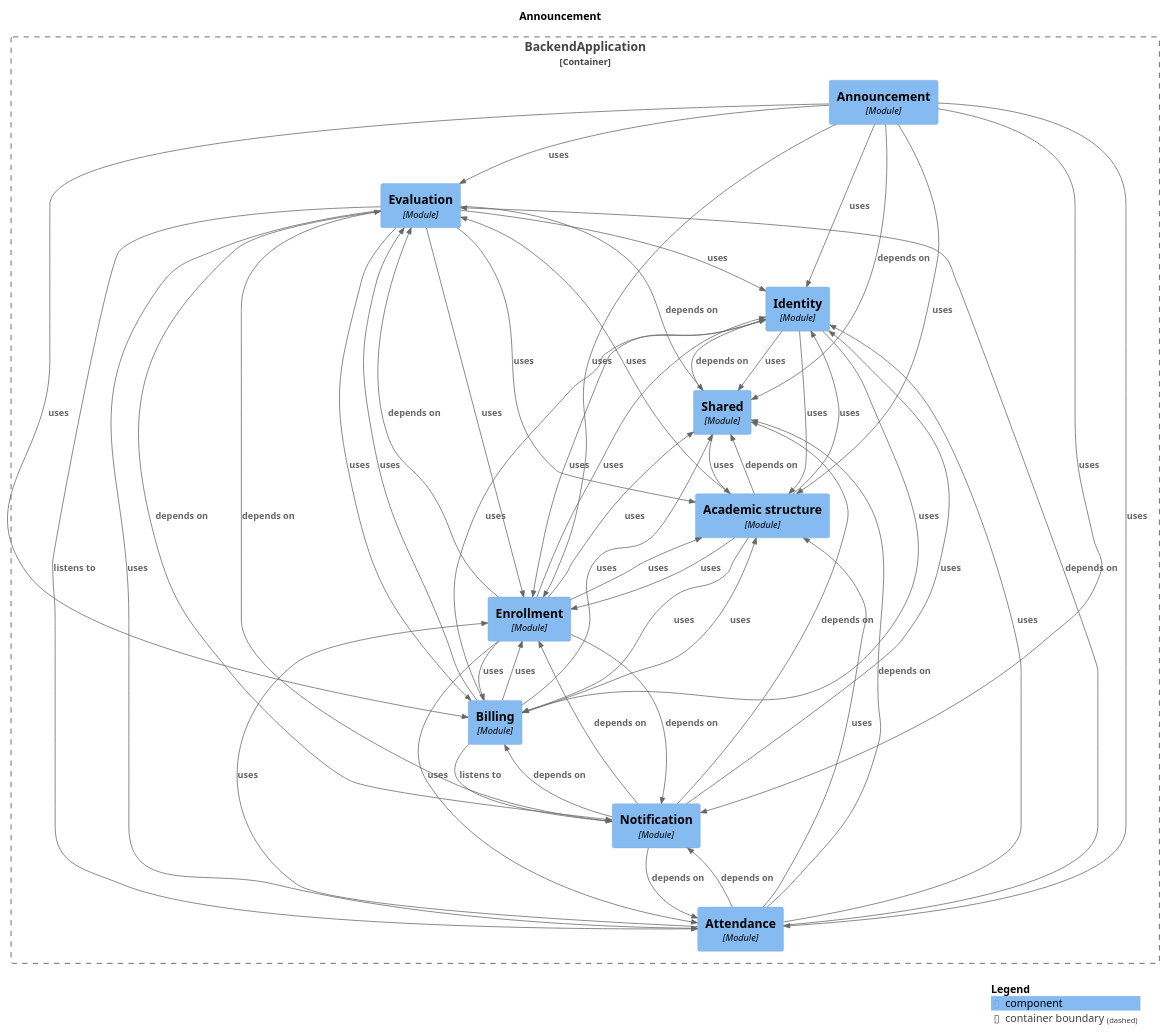
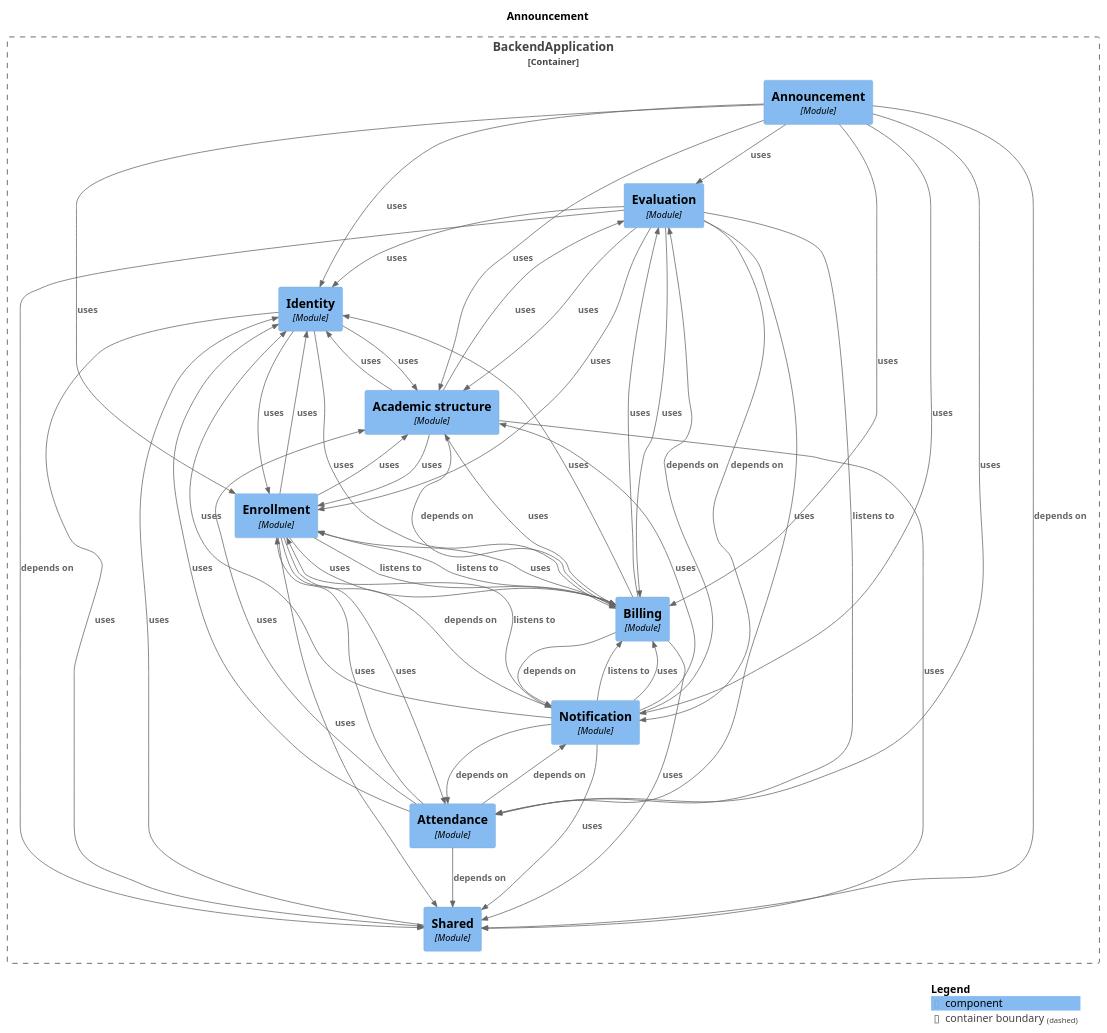
Before and after one commit to Gabriel030/agustina-bermejo-app: the diagram in docs/architecture/module-announcement.puml, drawn with PlantUML. The commit also changed 21 other files, not shown here.

Commit message:
docs(architecture): regenera diagramas Modulith (M3a, billing v2) y corrige comando en README

```diff
--- a/docs/architecture/module-announcement.puml
+++ b/docs/architecture/module-announcement.puml
@@ -1,77 +1,78 @@
 @startuml
 set separator none
 title Announcement
 
 top to bottom direction
 
 !include <C4/C4>
 !include <C4/C4_Context>
 !include <C4/C4_Component>
 
 Container_Boundary("BackendApplication.BackendApplication_boundary", "BackendApplication", $tags="") {
   Component(BackendApplication.BackendApplication.Evaluation, "Evaluation", $techn="Module", $descr="", $tags="", $link="")
   Component(BackendApplication.BackendApplication.Identity, "Identity", $techn="Module", $descr="", $tags="", $link="")
   Component(BackendApplication.BackendApplication.Notification, "Notification", $techn="Module", $descr="", $tags="", $link="")
   Component(BackendApplication.BackendApplication.Shared, "Shared", $techn="Module", $descr="", $tags="", $link="")
   Component(BackendApplication.BackendApplication.Academicstructure, "Academic structure", $techn="Module", $descr="", $tags="", $link="")
   Component(BackendApplication.BackendApplication.Announcement, "Announcement", $techn="Module", $descr="", $tags="", $link="")
   Component(BackendApplication.BackendApplication.Attendance, "Attendance", $techn="Module", $descr="", $tags="", $link="")
   Component(BackendApplication.BackendApplication.Billing, "Billing", $techn="Module", $descr="", $tags="", $link="")
   Component(BackendApplication.BackendApplication.Enrollment, "Enrollment", $techn="Module", $descr="", $tags="", $link="")
 }
 
-Rel(BackendApplication.BackendApplication.Academicstructure, BackendApplication.BackendApplication.Billing, "uses", $techn="", $tags="", $link="")
+Rel(BackendApplication.BackendApplication.Academicstructure, BackendApplication.BackendApplication.Billing, "depends on", $techn="", $tags="", $link="")
 Rel(BackendApplication.BackendApplication.Academicstructure, BackendApplication.BackendApplication.Enrollment, "uses", $techn="", $tags="", $link="")
 Rel(BackendApplication.BackendApplication.Academicstructure, BackendApplication.BackendApplication.Evaluation, "uses", $techn="", $tags="", $link="")
 Rel(BackendApplication.BackendApplication.Academicstructure, BackendApplication.BackendApplication.Identity, "uses", $techn="", $tags="", $link="")
-Rel(BackendApplication.BackendApplication.Academicstructure, BackendApplication.BackendApplication.Shared, "depends on", $techn="", $tags="", $link="")
+Rel(BackendApplication.BackendApplication.Academicstructure, BackendApplication.BackendApplication.Shared, "uses", $techn="", $tags="", $link="")
 Rel(BackendApplication.BackendApplication.Announcement, BackendApplication.BackendApplication.Academicstructure, "uses", $techn="", $tags="", $link="")
 Rel(BackendApplication.BackendApplication.Announcement, BackendApplication.BackendApplication.Attendance, "uses", $techn="", $tags="", $link="")
 Rel(BackendApplication.BackendApplication.Announcement, BackendApplication.BackendApplication.Billing, "uses", $techn="", $tags="", $link="")
 Rel(BackendApplication.BackendApplication.Announcement, BackendApplication.BackendApplication.Enrollment, "uses", $techn="", $tags="", $link="")
 Rel(BackendApplication.BackendApplication.Announcement, BackendApplication.BackendApplication.Evaluation, "uses", $techn="", $tags="", $link="")
 Rel(BackendApplication.BackendApplication.Announcement, BackendApplication.BackendApplication.Identity, "uses", $techn="", $tags="", $link="")
 Rel(BackendApplication.BackendApplication.Announcement, BackendApplication.BackendApplication.Notification, "uses", $techn="", $tags="", $link="")
 Rel(BackendApplication.BackendApplication.Announcement, BackendApplication.BackendApplication.Shared, "depends on", $techn="", $tags="", $link="")
 Rel(BackendApplication.BackendApplication.Attendance, BackendApplication.BackendApplication.Academicstructure, "uses", $techn="", $tags="", $link="")
 Rel(BackendApplication.BackendApplication.Attendance, BackendApplication.BackendApplication.Enrollment, "uses", $techn="", $tags="", $link="")
-Rel(BackendApplication.BackendApplication.Attendance, BackendApplication.BackendApplication.Evaluation, "depends on", $techn="", $tags="", $link="")
 Rel(BackendApplication.BackendApplication.Attendance, BackendApplication.BackendApplication.Identity, "uses", $techn="", $tags="", $link="")
 Rel(BackendApplication.BackendApplication.Attendance, BackendApplication.BackendApplication.Notification, "depends on", $techn="", $tags="", $link="")
 Rel(BackendApplication.BackendApplication.Attendance, BackendApplication.BackendApplication.Shared, "depends on", $techn="", $tags="", $link="")
 Rel(BackendApplication.BackendApplication.Billing, BackendApplication.BackendApplication.Academicstructure, "uses", $techn="", $tags="", $link="")
+Rel(BackendApplication.BackendApplication.Billing, BackendApplication.BackendApplication.Enrollment, "listens to", $techn="", $tags="", $link="")
 Rel(BackendApplication.BackendApplication.Billing, BackendApplication.BackendApplication.Enrollment, "uses", $techn="", $tags="", $link="")
 Rel(BackendApplication.BackendApplication.Billing, BackendApplication.BackendApplication.Evaluation, "uses", $techn="", $tags="", $link="")
 Rel(BackendApplication.BackendApplication.Billing, BackendApplication.BackendApplication.Identity, "uses", $techn="", $tags="", $link="")
-Rel(BackendApplication.BackendApplication.Billing, BackendApplication.BackendApplication.Notification, "listens to", $techn="", $tags="", $link="")
+Rel(BackendApplication.BackendApplication.Billing, BackendApplication.BackendApplication.Notification, "depends on", $techn="", $tags="", $link="")
 Rel(BackendApplication.BackendApplication.Billing, BackendApplication.BackendApplication.Shared, "uses", $techn="", $tags="", $link="")
 Rel(BackendApplication.BackendApplication.Enrollment, BackendApplication.BackendApplication.Academicstructure, "uses", $techn="", $tags="", $link="")
 Rel(BackendApplication.BackendApplication.Enrollment, BackendApplication.BackendApplication.Attendance, "uses", $techn="", $tags="", $link="")
+Rel(BackendApplication.BackendApplication.Enrollment, BackendApplication.BackendApplication.Billing, "listens to", $techn="", $tags="", $link="")
 Rel(BackendApplication.BackendApplication.Enrollment, BackendApplication.BackendApplication.Billing, "uses", $techn="", $tags="", $link="")
-Rel(BackendApplication.BackendApplication.Enrollment, BackendApplication.BackendApplication.Evaluation, "depends on", $techn="", $tags="", $link="")
 Rel(BackendApplication.BackendApplication.Enrollment, BackendApplication.BackendApplication.Identity, "uses", $techn="", $tags="", $link="")
 Rel(BackendApplication.BackendApplication.Enrollment, BackendApplication.BackendApplication.Notification, "depends on", $techn="", $tags="", $link="")
 Rel(BackendApplication.BackendApplication.Enrollment, BackendApplication.BackendApplication.Shared, "uses", $techn="", $tags="", $link="")
 Rel(BackendApplication.BackendApplication.Evaluation, BackendApplication.BackendApplication.Academicstructure, "uses", $techn="", $tags="", $link="")
 Rel(BackendApplication.BackendApplication.Evaluation, BackendApplication.BackendApplication.Attendance, "listens to", $techn="", $tags="", $link="")
 Rel(BackendApplication.BackendApplication.Evaluation, BackendApplication.BackendApplication.Attendance, "uses", $techn="", $tags="", $link="")
 Rel(BackendApplication.BackendApplication.Evaluation, BackendApplication.BackendApplication.Billing, "uses", $techn="", $tags="", $link="")
 Rel(BackendApplication.BackendApplication.Evaluation, BackendApplication.BackendApplication.Enrollment, "uses", $techn="", $tags="", $link="")
 Rel(BackendApplication.BackendApplication.Evaluation, BackendApplication.BackendApplication.Identity, "uses", $techn="", $tags="", $link="")
 Rel(BackendApplication.BackendApplication.Evaluation, BackendApplication.BackendApplication.Notification, "depends on", $techn="", $tags="", $link="")
 Rel(BackendApplication.BackendApplication.Evaluation, BackendApplication.BackendApplication.Shared, "depends on", $techn="", $tags="", $link="")
 Rel(BackendApplication.BackendApplication.Identity, BackendApplication.BackendApplication.Academicstructure, "uses", $techn="", $tags="", $link="")
 Rel(BackendApplication.BackendApplication.Identity, BackendApplication.BackendApplication.Billing, "uses", $techn="", $tags="", $link="")
 Rel(BackendApplication.BackendApplication.Identity, BackendApplication.BackendApplication.Enrollment, "uses", $techn="", $tags="", $link="")
 Rel(BackendApplication.BackendApplication.Identity, BackendApplication.BackendApplication.Shared, "uses", $techn="", $tags="", $link="")
+Rel(BackendApplication.BackendApplication.Notification, BackendApplication.BackendApplication.Academicstructure, "uses", $techn="", $tags="", $link="")
 Rel(BackendApplication.BackendApplication.Notification, BackendApplication.BackendApplication.Attendance, "depends on", $techn="", $tags="", $link="")
-Rel(BackendApplication.BackendApplication.Notification, BackendApplication.BackendApplication.Billing, "depends on", $techn="", $tags="", $link="")
-Rel(BackendApplication.BackendApplication.Notification, BackendApplication.BackendApplication.Enrollment, "depends on", $techn="", $tags="", $link="")
+Rel(BackendApplication.BackendApplication.Notification, BackendApplication.BackendApplication.Billing, "listens to", $techn="", $tags="", $link="")
+Rel(BackendApplication.BackendApplication.Notification, BackendApplication.BackendApplication.Billing, "uses", $techn="", $tags="", $link="")
+Rel(BackendApplication.BackendApplication.Notification, BackendApplication.BackendApplication.Enrollment, "listens to", $techn="", $tags="", $link="")
 Rel(BackendApplication.BackendApplication.Notification, BackendApplication.BackendApplication.Evaluation, "depends on", $techn="", $tags="", $link="")
 Rel(BackendApplication.BackendApplication.Notification, BackendApplication.BackendApplication.Identity, "uses", $techn="", $tags="", $link="")
-Rel(BackendApplication.BackendApplication.Notification, BackendApplication.BackendApplication.Shared, "depends on", $techn="", $tags="", $link="")
-Rel(BackendApplication.BackendApplication.Shared, BackendApplication.BackendApplication.Academicstructure, "uses", $techn="", $tags="", $link="")
-Rel(BackendApplication.BackendApplication.Shared, BackendApplication.BackendApplication.Identity, "depends on", $techn="", $tags="", $link="")
+Rel(BackendApplication.BackendApplication.Notification, BackendApplication.BackendApplication.Shared, "uses", $techn="", $tags="", $link="")
+Rel(BackendApplication.BackendApplication.Shared, BackendApplication.BackendApplication.Identity, "uses", $techn="", $tags="", $link="")
 
 SHOW_LEGEND(true)
 @enduml
```
